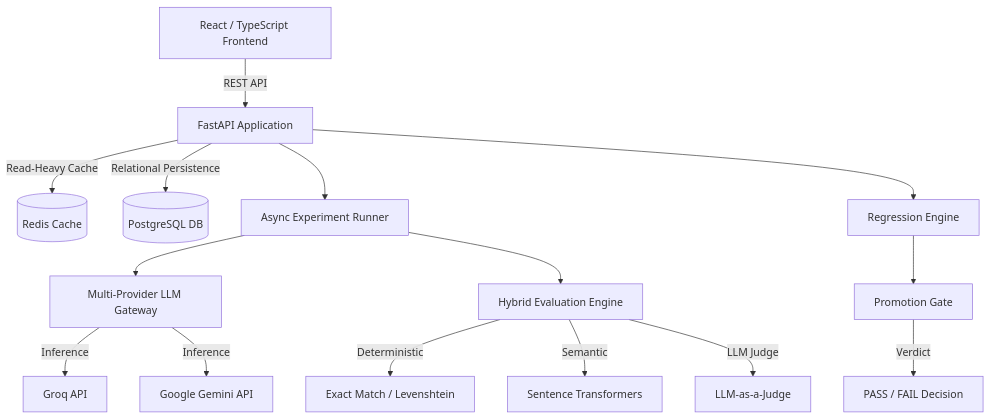
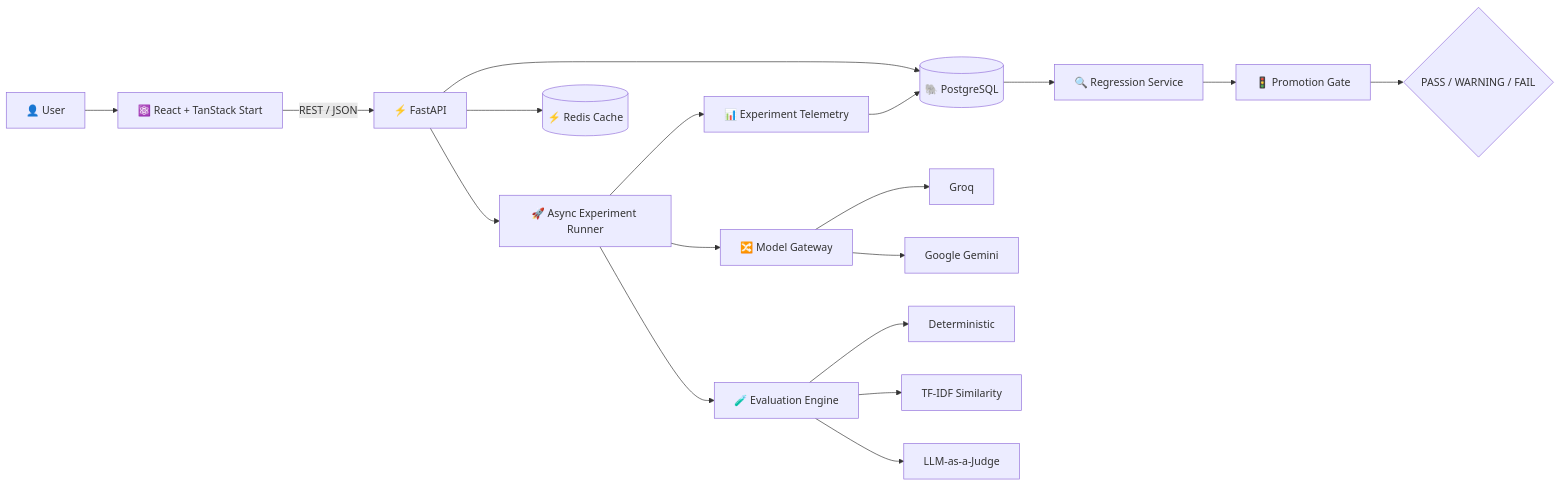
Before and after one commit to ChetanVK10/EvalForge: the diagram in README.md, drawn with Mermaid. The commit also changed other lines of this file, not shown here.

````diff
--- a/README.md
+++ b/README.md
@@ -24,21 +80,30 @@
 ```mermaid
-graph TD
-    Client[React / TypeScript Frontend] -->|REST API| API[FastAPI Application]
-    API -->|Read-Heavy Cache| Redis[(Redis Cache)]
-    API -->|Relational Persistence| Postgres[(PostgreSQL DB)]
+flowchart LR
+    U[👤 User] --> F[⚛️ React + TanStack Start]
 
-    API --> Runner[Async Experiment Runner]
-    Runner --> Gateway[Multi-Provider LLM Gateway]
+    F -->|REST / JSON| API[⚡ FastAPI]
 
-    Gateway -->|Inference| Groq[Groq API]
-    Gateway -->|Inference| Gemini[Google Gemini API]
+    API --> R[🚀 Async Experiment Runner]
+    API --> DB[(🐘 PostgreSQL)]
+    API --> C[(⚡ Redis Cache)]
 
-    Runner --> Engine[Hybrid Evaluation Engine]
-    Engine -->|Deterministic| Det[Exact Match / Levenshtein]
-    Engine -->|Semantic| Sem[Sentence Transformers]
-    Engine -->|LLM Judge| Judge[LLM-as-a-Judge]
+    R --> G[🔀 Model Gateway]
 
-    API --> RegEngine[Regression Engine]
-    RegEngine --> Gate[Promotion Gate]
-    Gate -->|Verdict| Decision[PASS / FAIL Decision]
+    G --> GR[Groq]
+    G --> GE[Google Gemini]
+
+    R --> E[🧪 Evaluation Engine]
+
+    E --> D[Deterministic]
+    E --> S[TF-IDF Similarity]
+    E --> J[LLM-as-a-Judge]
+
+    R --> T[📊 Experiment Telemetry]
+
+    T --> DB
+
+    DB --> RG[🔍 Regression Service]
+    RG --> PG[🚦 Promotion Gate]
+
+    PG --> V{PASS / WARNING / FAIL}
 ```
````
